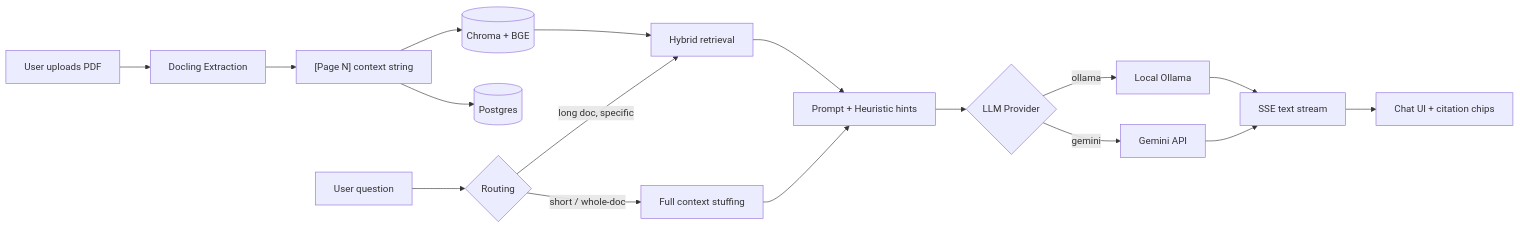
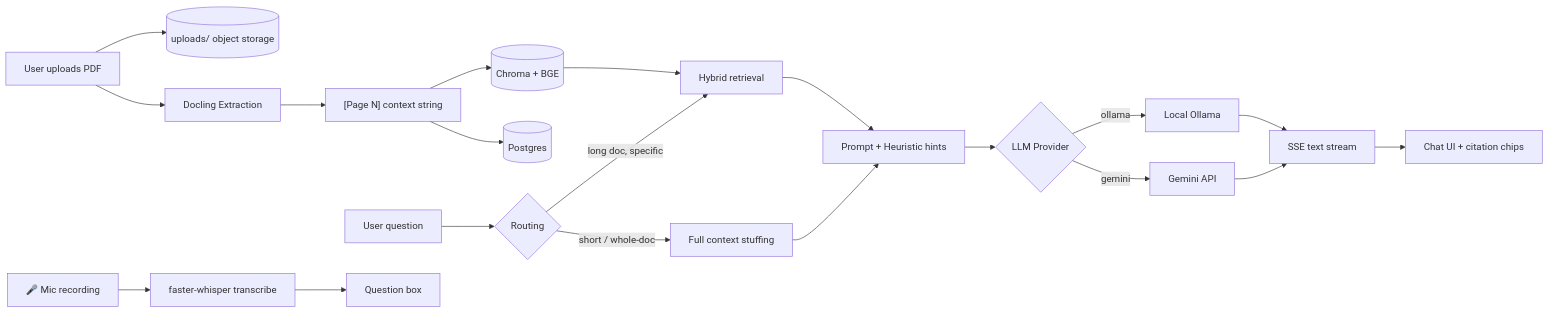
Before and after one commit to raktimyoddha07/doc-counsel-ai: the first of 4 diagrams in README.md, drawn with Mermaid. The commit also changed other lines of this file and 5 other files, not shown here.

````diff
--- a/README.md
+++ b/README.md
@@ -25,21 +27,25 @@
 ```mermaid
 flowchart LR
     U[User uploads PDF] --> EX[Docling Extraction]
     EX --> CTX["[Page N] context string"]
     CTX --> DB[(Postgres)]
     CTX --> CH[(Chroma + BGE)]
+    U --> STORE[(uploads/ object storage)]
 
     UQ[User question] --> ROUTE{Routing}
     ROUTE -->|short / whole-doc| FULL[Full context stuffing]
     ROUTE -->|long doc, specific| RAG[Hybrid retrieval]
     CH --> RAG
     RAG --> PROMPT
     FULL --> PROMPT
 
+    MIC[🎤 Mic recording] --> TR[faster-whisper transcribe]
+    TR --> BOX[Question box]
+
     PROMPT[Prompt + Heuristic hints] --> LLM{LLM Provider}
     LLM -->|gemini| G[Gemini API]
     LLM -->|ollama| O[Local Ollama]
     G --> STREAM
     O --> STREAM[SSE text stream]
     STREAM --> UI[Chat UI + citation chips]
 ```
````
